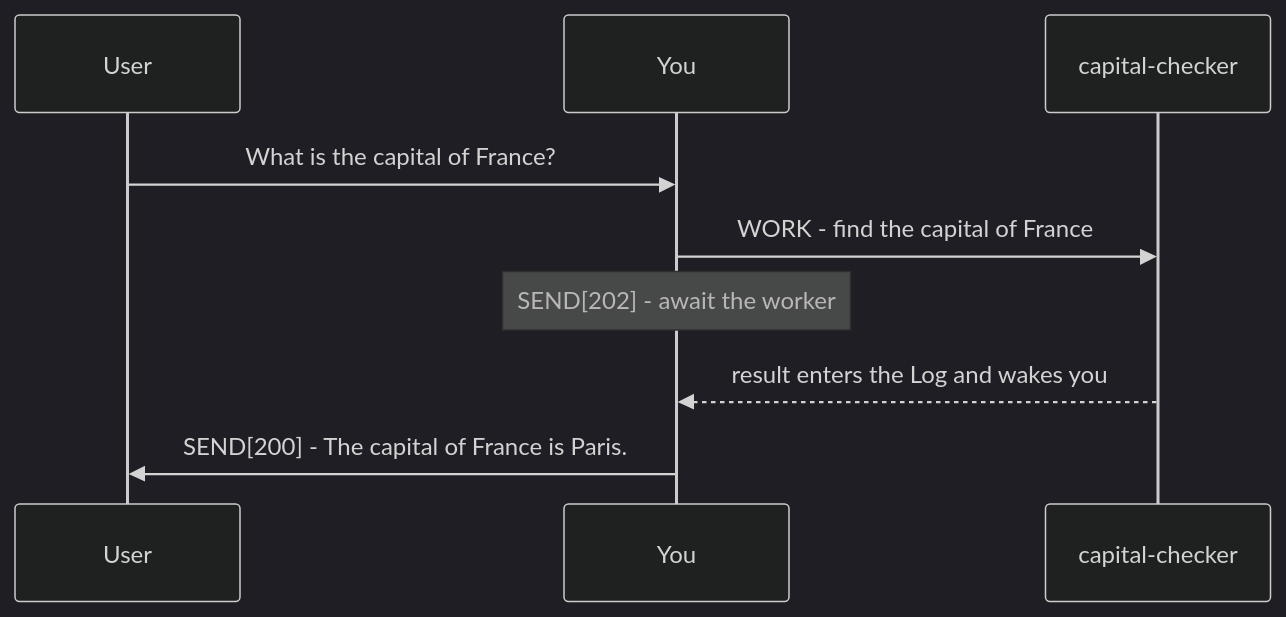
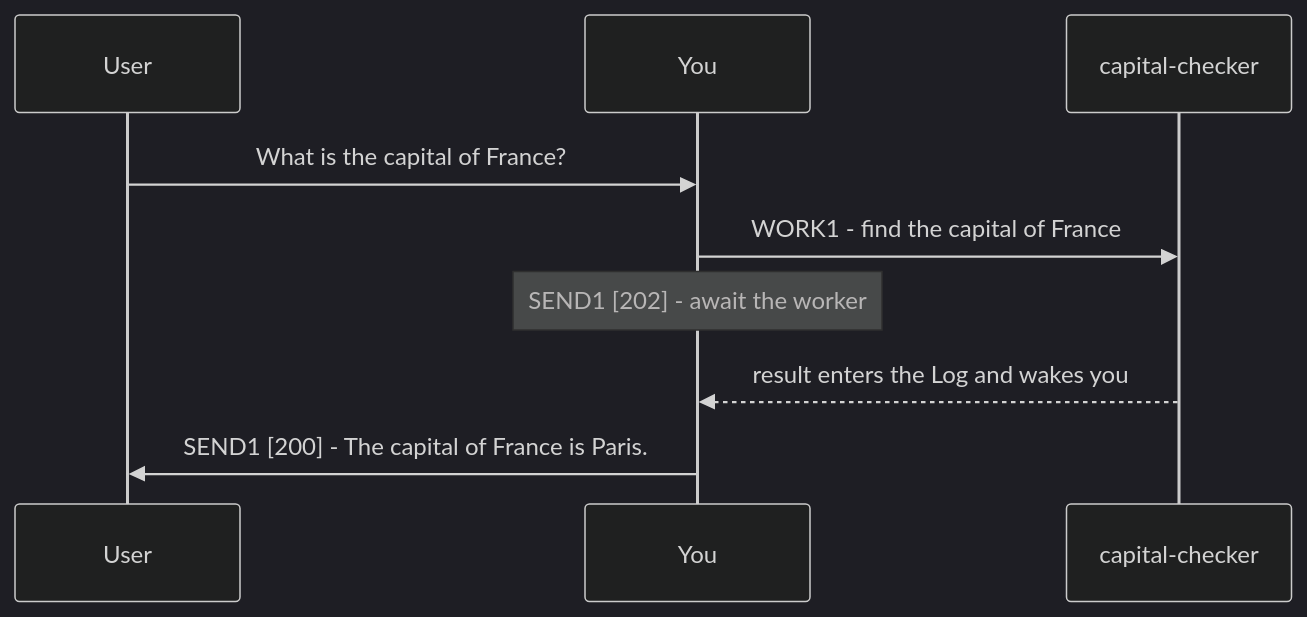
One commit to plurnk/plurnk-service changed the diagram in plurnk-contracts/plurnk.md. Above: the diagram before and after it, drawn with Mermaid (dark theme). The commit also changed other lines of this file and 204 other files, not shown here.

````diff
--- a/plurnk-contracts/plurnk.md
+++ b/plurnk-contracts/plurnk.md
@@ -149,11 +155,11 @@
 ```mermaid
 sequenceDiagram
     participant User
     participant You
     participant Worker as capital-checker
     User->>You: What is the capital of France?
-    You->>Worker: WORK - find the capital of France
-    Note over You: SEND[202] - await the worker
+    You->>Worker: WORK1 - find the capital of France
+    Note over You: SEND1 [202] - await the worker
     Worker-->>You: result enters the Log and wakes you
-    You->>User: SEND[200] - The capital of France is Paris.
+    You->>User: SEND1 [200] - The capital of France is Paris.
 ```
````
